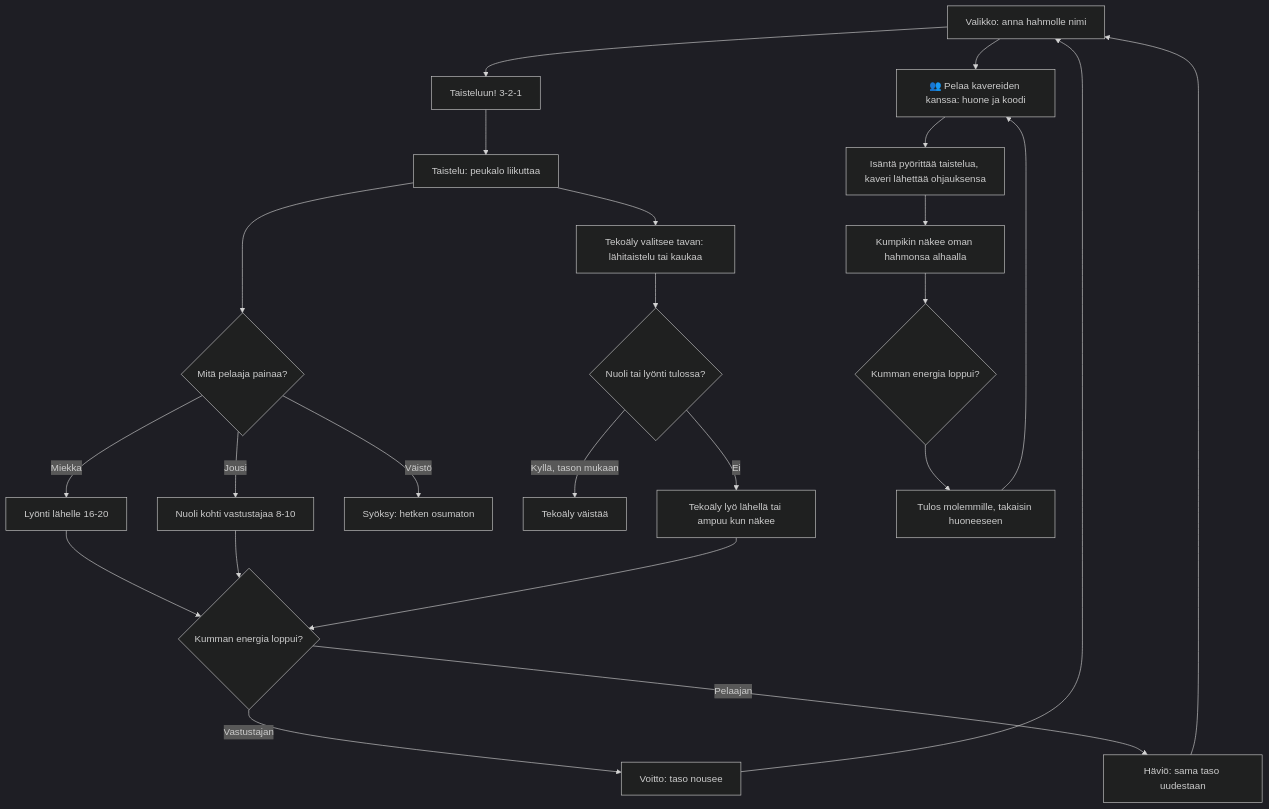
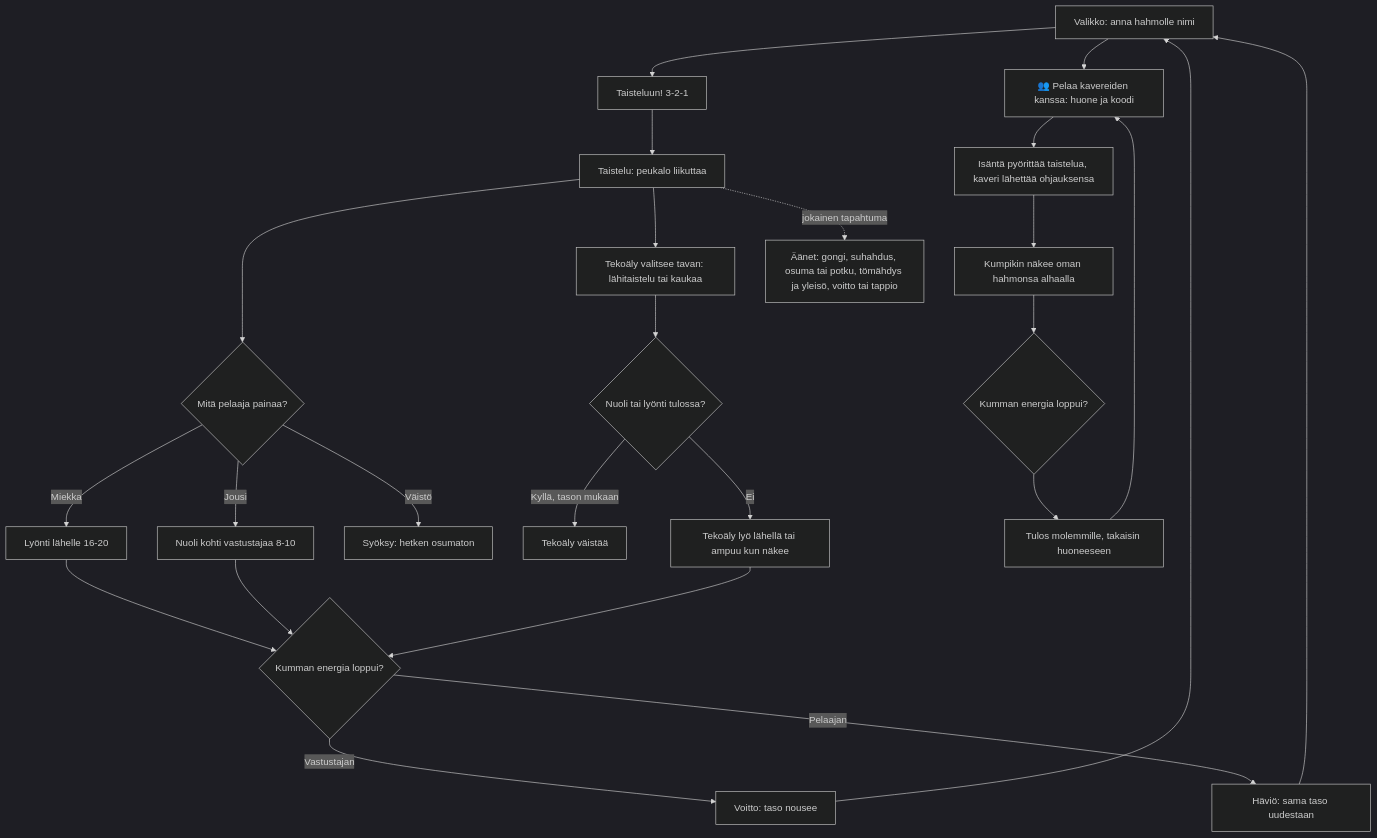
One commit to eerovil/ai-pelit changed the diagram in docs/diagrams/areena.md. Above: the diagram before and after it, drawn with Mermaid (dark theme). The commit also changed other lines of this file and 3 other files, not shown here.

````diff
--- a/docs/diagrams/areena.md
+++ b/docs/diagrams/areena.md
@@ -7,34 +7,36 @@
 ```mermaid
 flowchart TD
   A[Valikko: anna hahmolle nimi] --> B[Taisteluun! 3-2-1]
   B --> C[Taistelu: peukalo liikuttaa]
   C --> D{Mitä pelaaja painaa?}
   D -- Miekka --> E[Lyönti lähelle 16-20]
   D -- Jousi --> F[Nuoli kohti vastustajaa 8-10]
   D -- Väistö --> G[Syöksy: hetken osumaton]
   C --> H[Tekoäly valitsee tavan: lähitaistelu tai kaukaa]
   H --> I{Nuoli tai lyönti tulossa?}
   I -- Kyllä, tason mukaan --> J[Tekoäly väistää]
   I -- Ei --> K[Tekoäly lyö lähellä tai ampuu kun näkee]
   E --> L{Kumman energia loppui?}
   F --> L
   K --> L
   L -- Vastustajan --> M[Voitto: taso nousee]
   L -- Pelaajan --> N[Häviö: sama taso uudestaan]
   M --> A
   N --> A
   A --> O[👥 Pelaa kavereiden kanssa: huone ja koodi]
   O --> P[Isäntä pyörittää taistelua, kaveri lähettää ohjauksensa]
   P --> Q[Kumpikin näkee oman hahmonsa alhaalla]
   Q --> R{Kumman energia loppui?}
   R --> S[Tulos molemmille, takaisin huoneeseen]
   S --> O
+  C -. jokainen tapahtuma .-> T[Äänet: gongi, suhahdus, osuma tai potku, tömähdys ja yleisö, voitto tai tappio]
   class A,B,C blue
   class D,I,L amber
   class E,F,G teal
   class H,J,K violet
   class M green
   class O,P,Q,S teal
   class R amber
+  class T violet
   class N rose
 ```
````
